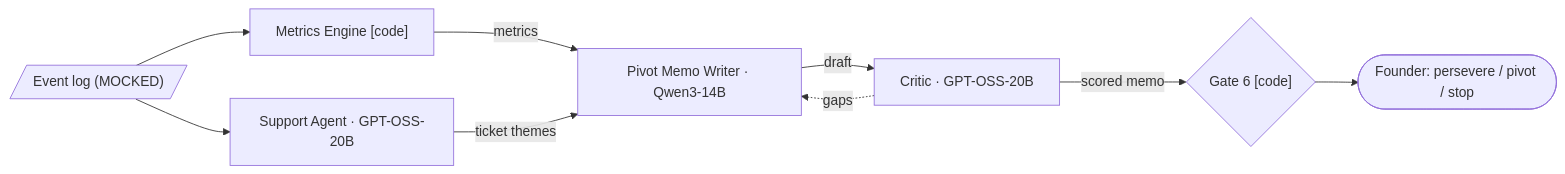
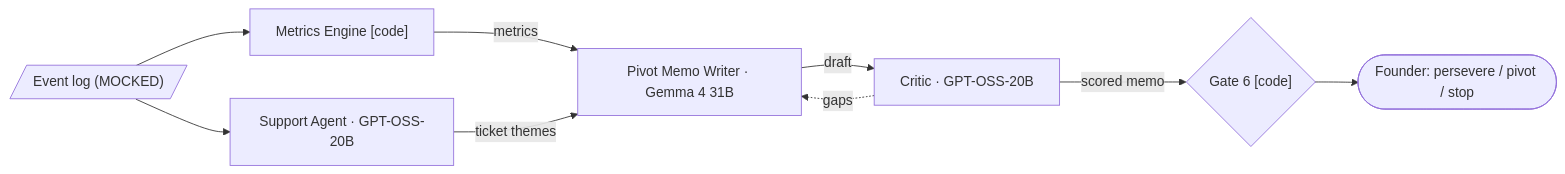
One commit to Lotr2/sudo_win changed the seventh of 9 diagrams in ARCHITECTURE.md. Above: the diagram before and after it, drawn with Mermaid. The commit also changed other lines of this file and 15 other files, not shown here.

First line of the commit message:
Switch second model from Qwen3-14B to Gemma 4 31B on the Gemini API

````diff
--- a/ARCHITECTURE.md
+++ b/ARCHITECTURE.md
@@ -353,9 +353,9 @@
 ```mermaid
 flowchart LR
   ev[/"Event log (MOCKED)"/] --> met["Metrics Engine [code]"] & sup["Support Agent · GPT-OSS-20B"]
-  met -->|metrics| memo["Pivot Memo Writer · Qwen3-14B"]
+  met -->|metrics| memo["Pivot Memo Writer · Gemma 4 31B"]
   sup -->|ticket themes| memo
   memo -->|draft| crit["Critic · GPT-OSS-20B"]
   crit -.->|gaps| memo
   crit -->|scored memo| g6{"Gate 6 [code]"} --> f6(["Founder: persevere / pivot / stop"])
 ```
````
